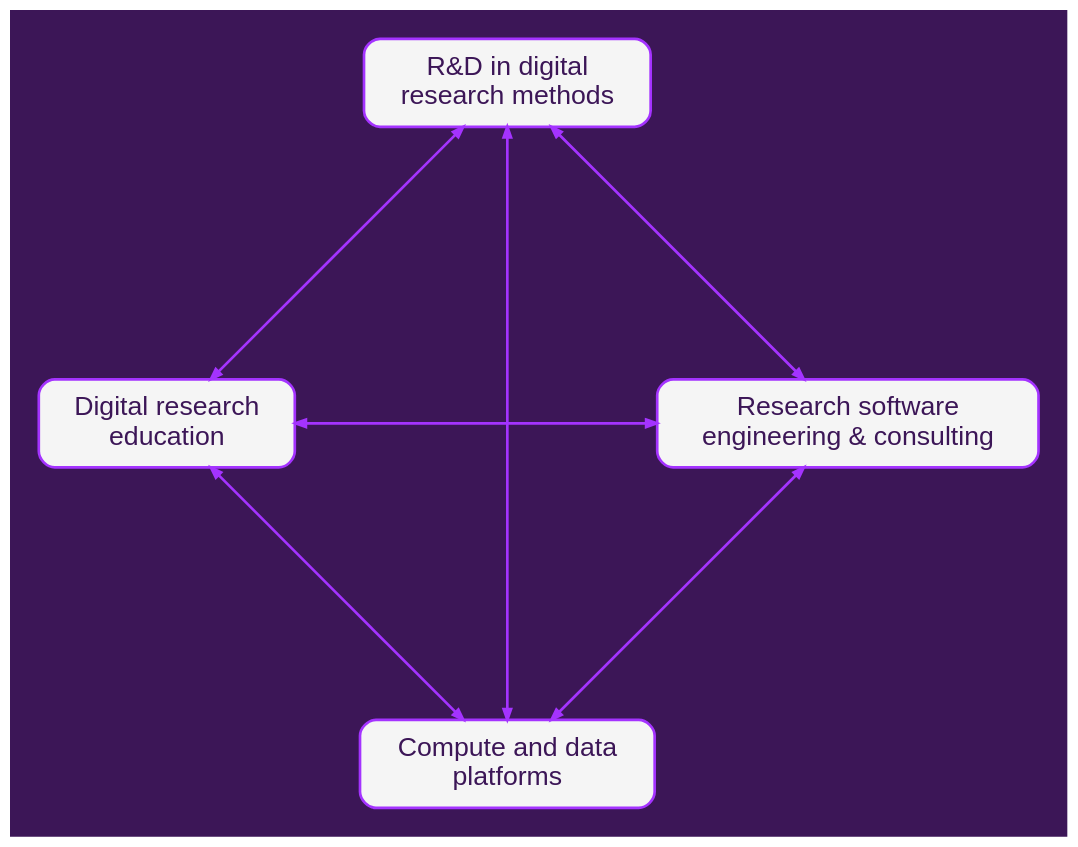
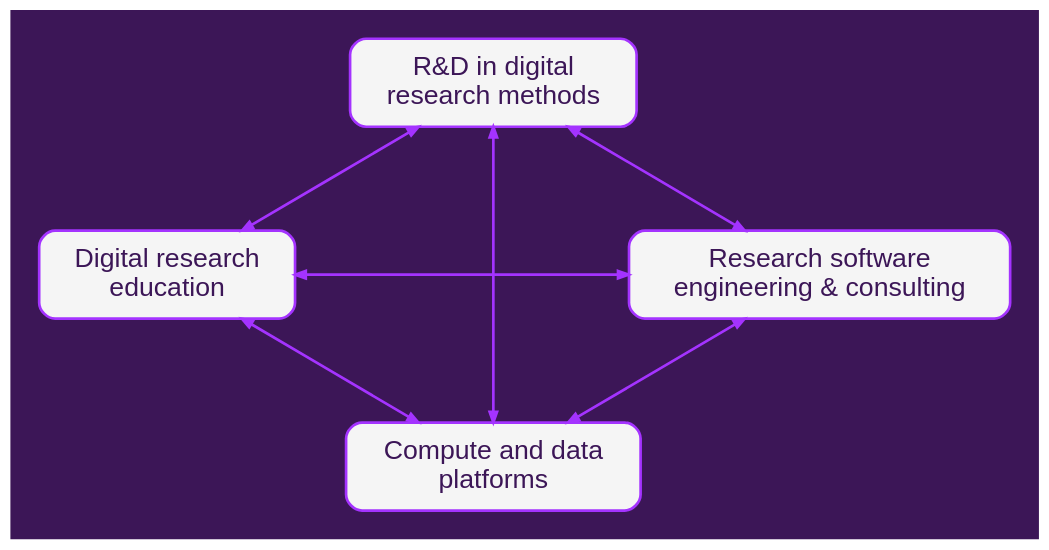
The diagram in leru_ai/assets/sources/graphviz/arc.dot (jamespjh/talks), drawn with Graphviz before and after one commit. The commit also changed 5 other files, not shown here.

```diff
--- a/leru_ai/assets/sources/graphviz/arc.dot
+++ b/leru_ai/assets/sources/graphviz/arc.dot
@@ -1,16 +1,16 @@
-// What an ARC-like group does: four activities that feed each other (after the inaugural lecture's arc.dot).
+// What a digital research technology platform does: four activities that feed each other (after the inaugural lecture's arc.dot).
 digraph arc {
-    graph [bgcolor="#3c1657", layout="circo", pad="0.3", mindist="1.6"];
+    graph [bgcolor="#3c1657", layout="neato", pad="0.3"];
     node  [shape="box", style="filled,rounded", fillcolor="#f5f5f5", fontcolor="#3c1657",
            color="#a433ff", penwidth="2", fontname="Helvetica", fontsize="20", margin="0.25,0.15"];
     edge  [color="#a433ff", penwidth="2", arrowsize="0.8", dir="both"];
 
-    platforms [label="Compute and data\nplatforms"];
-    consulting [label="Research software\nengineering & consulting"];
-    rnd [label="R&D in digital\nresearch methods"];
-    education [label="Digital research\neducation"];
+    platforms [label="Compute and data\nplatforms", pos="0,-2!"];
+    consulting [label="Research software\nengineering & consulting", pos="3.4,0!"];
+    rnd [label="R&D in digital\nresearch methods", pos="0,2!"];
+    education [label="Digital research\neducation", pos="-3.4,0!"];
 
     platforms -> consulting -> rnd -> education -> platforms;
     platforms -> rnd;
     consulting -> education;
 }
```
